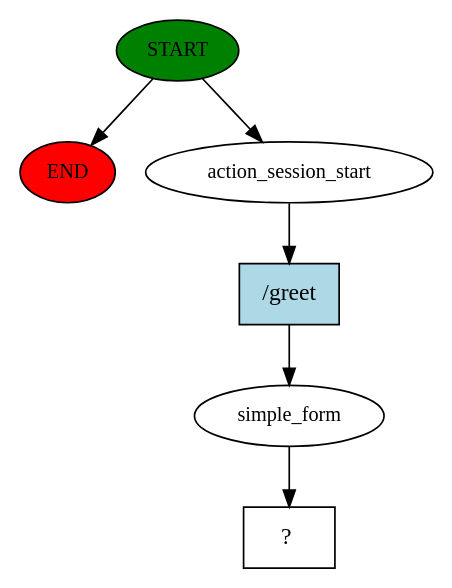
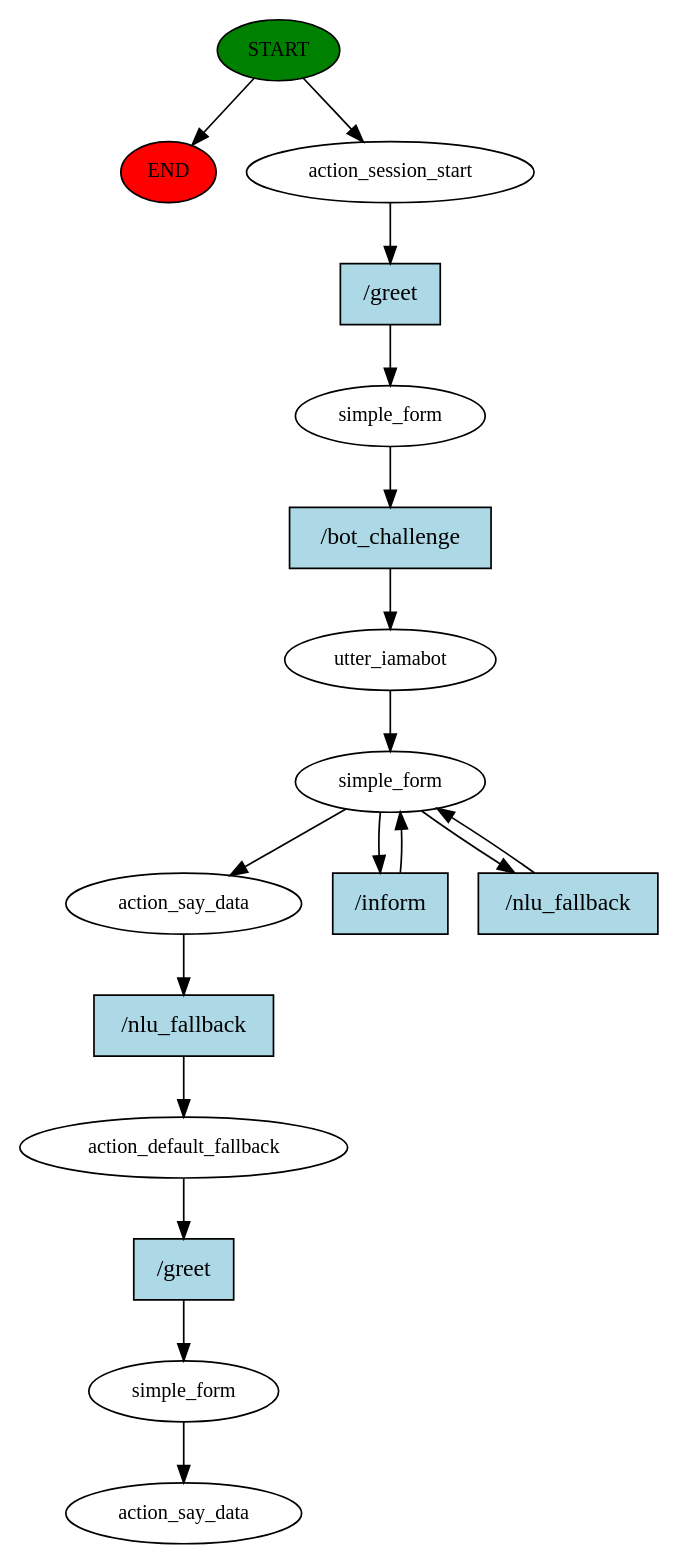
Before and after one commit to Aakriti555/chatbot: the diagram in story_graph.dot, drawn with Graphviz. The commit also changed 42 other files, not shown here.

```diff
--- a/story_graph.dot
+++ b/story_graph.dot
@@ -1,13 +1,35 @@
 digraph  {
 0 [class="start active", fillcolor=green, fontsize=12, label=START, style=filled];
 "-1" [class=end, fillcolor=red, fontsize=12, label=END, style=filled];
 1 [class=active, fontsize=12, label=action_session_start];
 2 [class=active, fontsize=12, label=simple_form];
-3 [class="intent dashed active", label="  ?  ", shape=rect];
-4 [class="intent active", fillcolor=lightblue, label="/greet", shape=rect, style=filled];
+3 [class=active, fontsize=12, label=utter_iamabot];
+4 [class=active, fontsize=12, label=simple_form];
+8 [class=active, fontsize=12, label=action_say_data];
+9 [class=active, fontsize=12, label=action_default_fallback];
+10 [class=active, fontsize=12, label=simple_form];
+11 [class="dashed active", fontsize=12, label=action_say_data];
+12 [class="intent active", fillcolor=lightblue, label="/greet", shape=rect, style=filled];
+13 [class="intent active", fillcolor=lightblue, label="/bot_challenge", shape=rect, style=filled];
+14 [class="intent active", fillcolor=lightblue, label="/inform", shape=rect, style=filled];
+15 [class="intent active", fillcolor=lightblue, label="/nlu_fallback", shape=rect, style=filled];
+16 [class="intent active", fillcolor=lightblue, label="/nlu_fallback", shape=rect, style=filled];
+17 [class="intent active", fillcolor=lightblue, label="/greet", shape=rect, style=filled];
 0 -> "-1"  [class="", key=NONE, label=""];
 0 -> 1  [class=active, key=NONE, label=""];
-1 -> 4  [class=active, key=0];
-2 -> 3  [class=active, key=NONE, label=""];
-4 -> 2  [class=active, key=0];
+1 -> 12  [class=active, key=0];
+2 -> 13  [class=active, key=0];
+3 -> 4  [class=active, key=NONE, label=""];
+4 -> 8  [class=active, key=NONE, label=""];
+4 -> 14  [class=active, key=0];
+4 -> 15  [class=active, key=0];
+8 -> 16  [class=active, key=0];
+9 -> 17  [class=active, key=0];
+10 -> 11  [class=active, key=NONE, label=""];
+12 -> 2  [class=active, key=0];
+13 -> 3  [class=active, key=0];
+14 -> 4  [class=active, key=0];
+15 -> 4  [class=active, key=0];
+16 -> 9  [class=active, key=0];
+17 -> 10  [class=active, key=0];
 }
```
